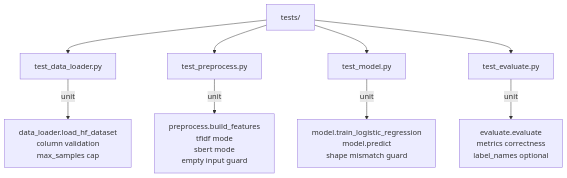
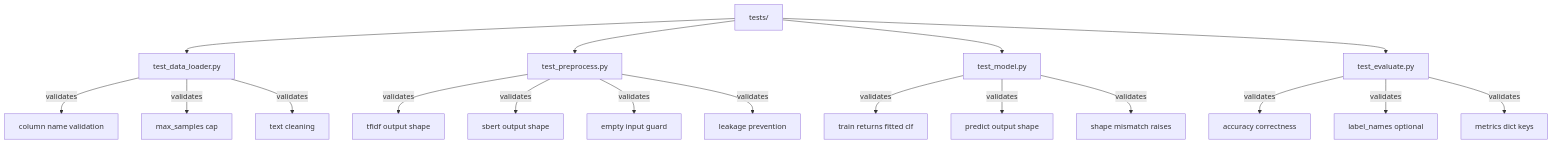
Before and after one commit to hkevin01/logistic-regression-hf-classifier: the sixth of 6 diagrams in README.md, drawn with Mermaid. The commit also changed other lines of this file, not shown here.

````diff
--- a/README.md
+++ b/README.md
@@ -156,11 +280,20 @@
 ```mermaid
 graph TD
     TESTS[tests/] --> TDL[test_data_loader.py]
     TESTS --> TPP[test_preprocess.py]
     TESTS --> TMOD[test_model.py]
     TESTS --> TEV[test_evaluate.py]
-    TDL -->|unit| DL[data_loader.load_hf_dataset\ncolumn validation\nmax_samples cap]
-    TPP -->|unit| PP[preprocess.build_features\ntfidf mode\nsbert mode\nempty input guard]
-    TMOD -->|unit| MOD[model.train_logistic_regression\nmodel.predict\nshape mismatch guard]
-    TEV -->|unit| EV[evaluate.evaluate\nmetrics correctness\nlabel_names optional]
+    TDL -->|validates| DL1[column name validation]
+    TDL -->|validates| DL2[max_samples cap]
+    TDL -->|validates| DL3[text cleaning]
+    TPP -->|validates| PP1[tfidf output shape]
+    TPP -->|validates| PP2[sbert output shape]
+    TPP -->|validates| PP3[empty input guard]
+    TPP -->|validates| PP4[leakage prevention]
+    TMOD -->|validates| M1[train returns fitted clf]
+    TMOD -->|validates| M2[predict output shape]
+    TMOD -->|validates| M3[shape mismatch raises]
+    TEV -->|validates| E1[accuracy correctness]
+    TEV -->|validates| E2[label_names optional]
+    TEV -->|validates| E3[metrics dict keys]
 ```
````
